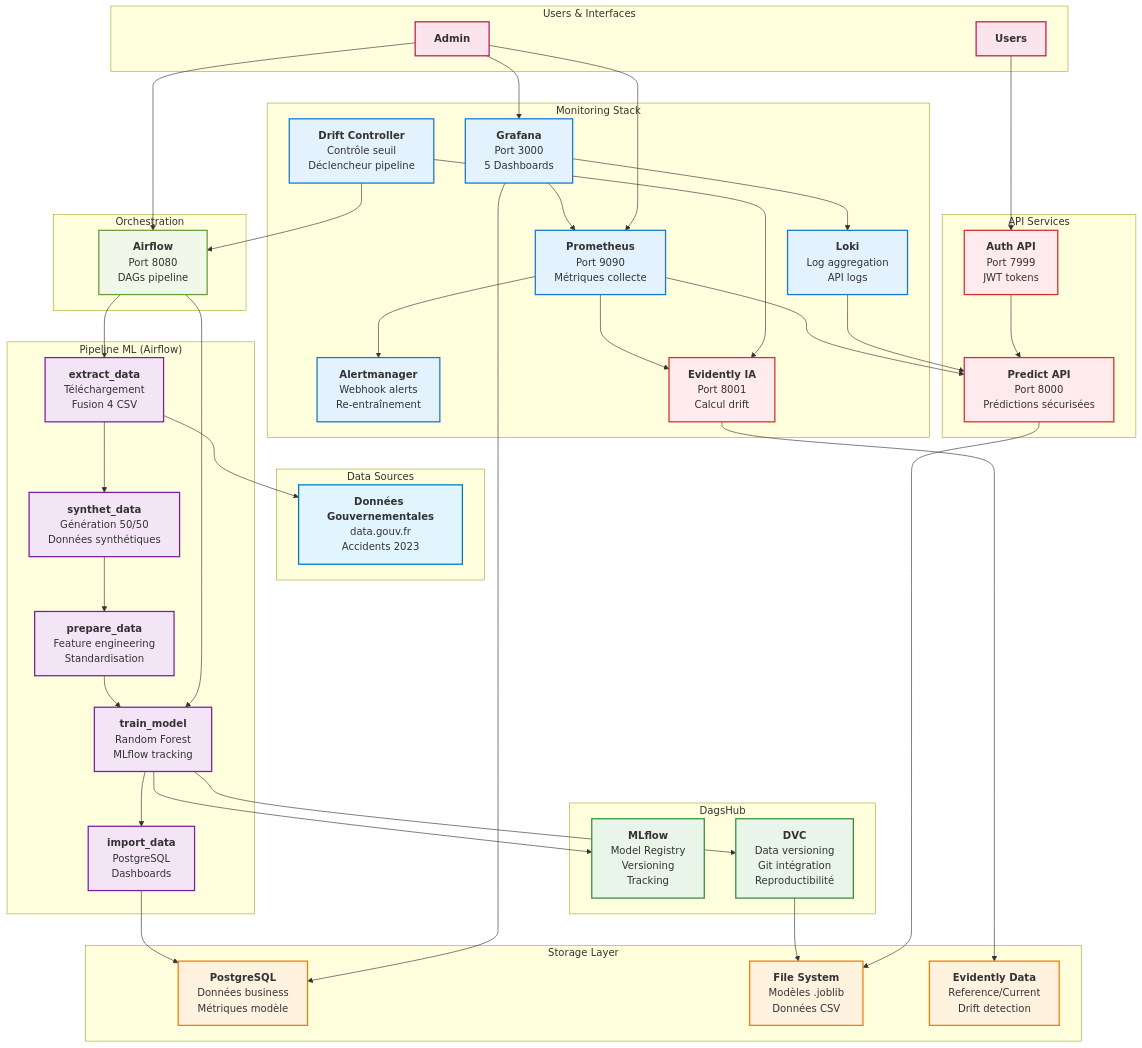
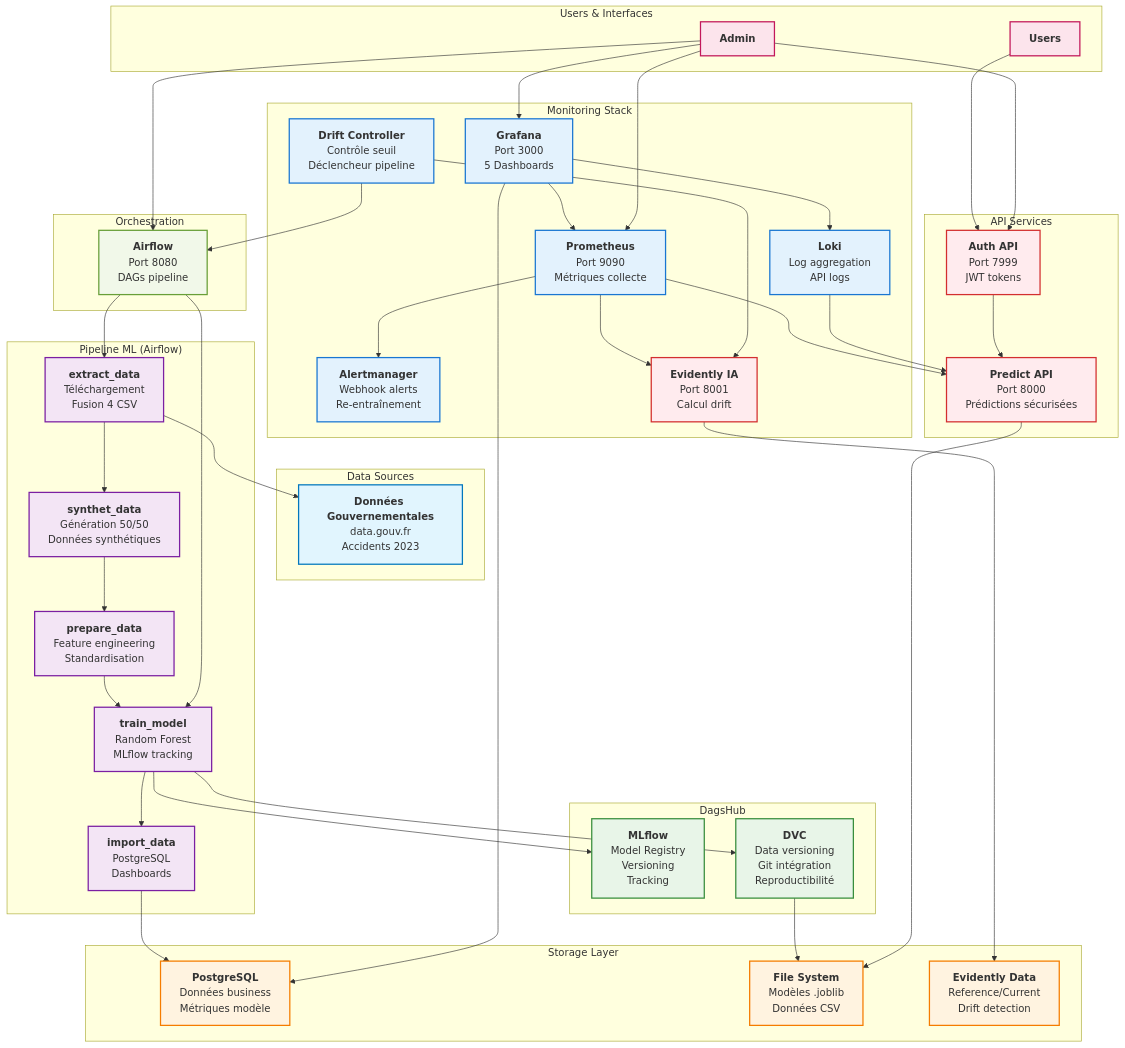
One commit to mclpfr/mlops-road-accidents changed the diagram in images/architecture.md. Above: the diagram before and after it, drawn with Mermaid.

Commit message:
Update architecture.md
Add admin -> API auth

```diff
--- a/images/architecture.md
+++ b/images/architecture.md
@@ -119,6 +119,7 @@
     %% Orchestration
     AIRFLOW --> EXTRACT
     %% Admin access
+    ADMIN --> AUTH
     ADMIN --> GRAFANA
     ADMIN --> AIRFLOW
     ADMIN --> PROMETHEUS
```
